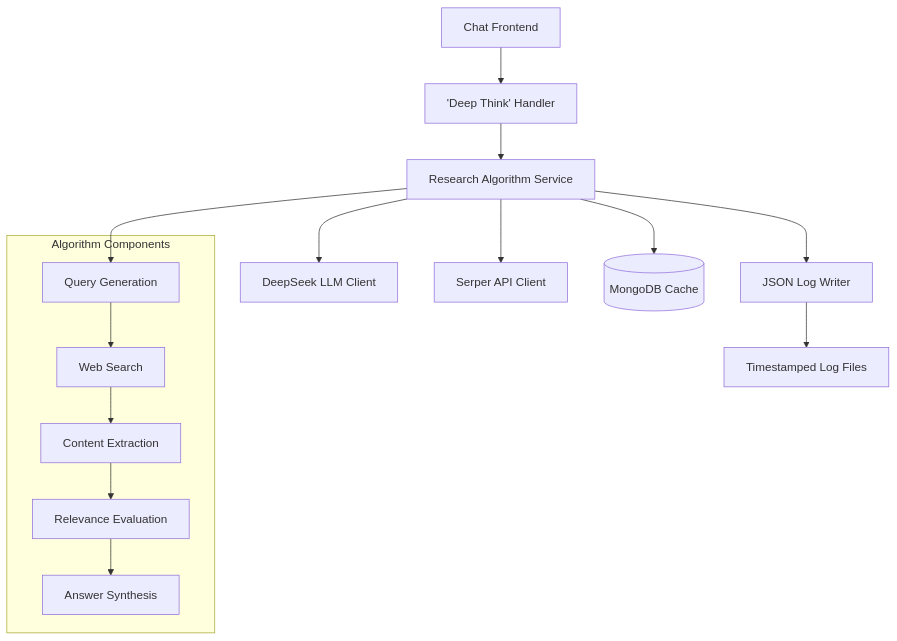
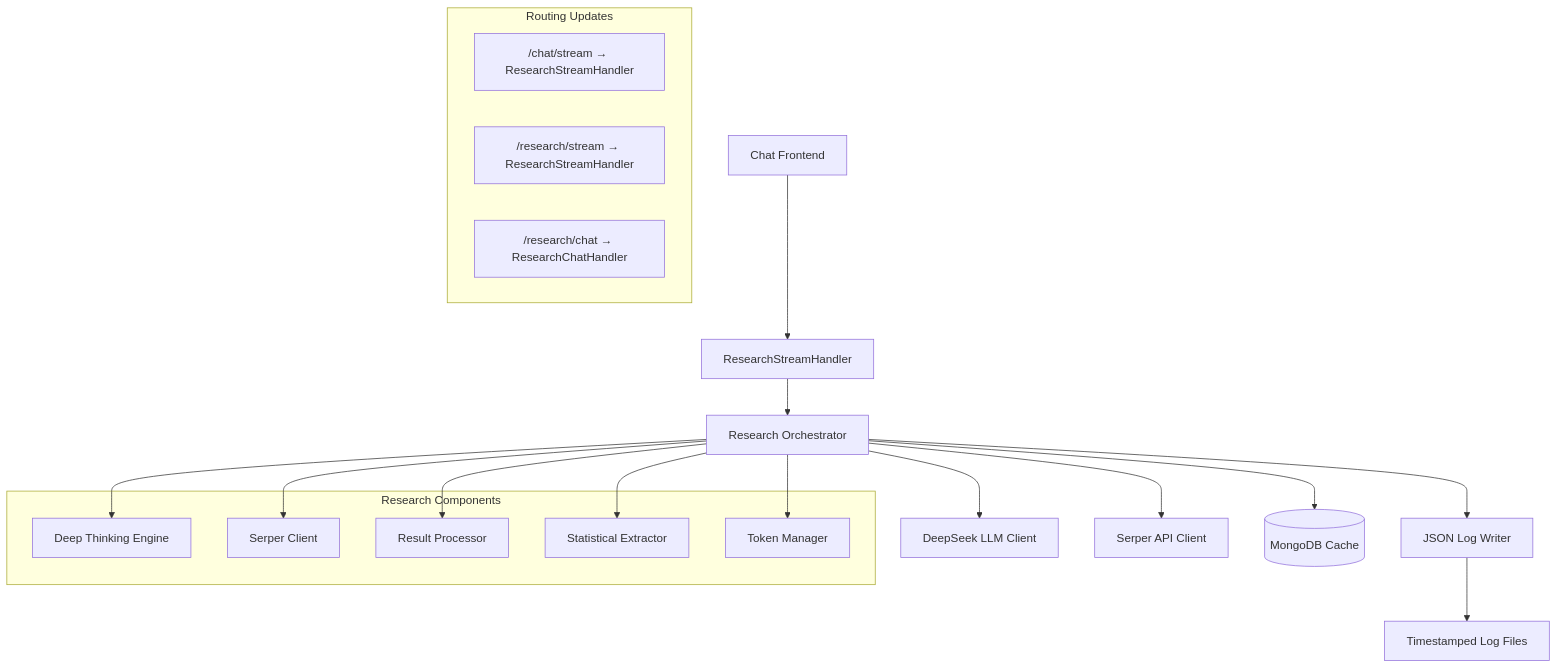
Before and after one commit to jun-JUNJUN/dxee-china: the first of 4 diagrams in .kiro/specs/frontend-research-algorithm-logging/design.md, drawn with Mermaid. The commit also changed other lines of this file and 2 other files, not shown here.

Commit message:
Successfully implemented the integration of frontend-research-algorithm-logging.  I tested the frontend, queried questions several times, and successfully obtained the answer.

````diff
--- a/.kiro/specs/frontend-research-algorithm-logging/design.md
+++ b/.kiro/specs/frontend-research-algorithm-logging/design.md
@@ -43,24 +43,30 @@
 ```mermaid
 graph TB
-    Frontend[Chat Frontend] --> Handler['Deep Think' Handler]
-    Handler --> Service[Research Algorithm Service]
-    Service --> DeepSeek[DeepSeek LLM Client]
-    Service --> Serper[Serper API Client]
-    Service --> MongoDB[(MongoDB Cache)]
-    Service --> Logger[JSON Log Writer]
+    Frontend[Chat Frontend] --> Handler[ResearchStreamHandler]
+    Handler --> Orchestrator[Research Orchestrator]
+    Orchestrator --> DeepSeek[DeepSeek LLM Client]
+    Orchestrator --> Serper[Serper API Client]
+    Orchestrator --> MongoDB[(MongoDB Cache)]
+    Orchestrator --> Logger[JSON Log Writer]
     Logger --> LogFiles[Timestamped Log Files]
 
-    subgraph "Algorithm Components"
-        QueryGen[Query Generation]
-        WebSearch[Web Search]
-        ContentExtract[Content Extraction]
-        Relevance[Relevance Evaluation]
-        Synthesis[Answer Synthesis]
+    subgraph "Research Components"
+        ThinkingEngine[Deep Thinking Engine]
+        SerperClient[Serper Client]
+        ResultProcessor[Result Processor]
+        StatExtractor[Statistical Extractor]
+        TokenManager[Token Manager]
     end
 
-    Service --> QueryGen
-    QueryGen --> WebSearch
-    WebSearch --> ContentExtract
-    ContentExtract --> Relevance
-    Relevance --> Synthesis
+    Orchestrator --> ThinkingEngine
+    Orchestrator --> SerperClient
+    Orchestrator --> ResultProcessor
+    Orchestrator --> StatExtractor
+    Orchestrator --> TokenManager
+
+    subgraph "Routing Updates"
+        ChatStream["/chat/stream → ResearchStreamHandler"]
+        ResearchStream["/research/stream → ResearchStreamHandler"]
+        ResearchChat["/research/chat → ResearchChatHandler"]
+    end
 ```
````
